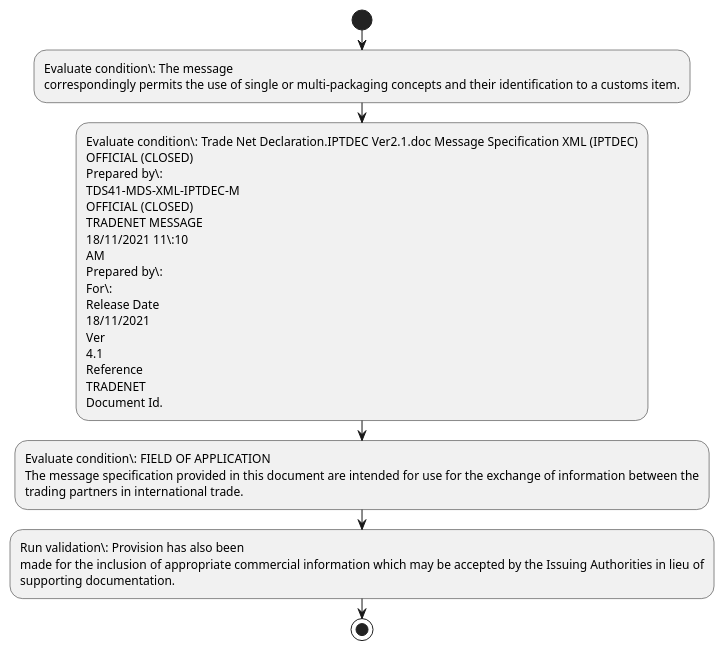
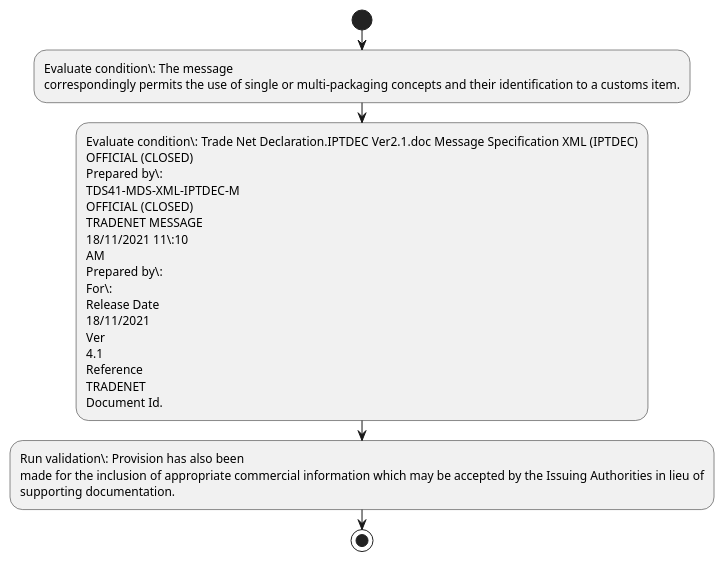
Before and after one commit to mohan-vasanth/dekai: the second of 2 diagrams in output/markdown/3.1_Principles.md, drawn with PlantUML. The commit also changed other lines of this file and 2688 other files, not shown here.

````diff
--- a/output/markdown/3.1_Principles.md
+++ b/output/markdown/3.1_Principles.md
@@ -588,31 +373,28 @@
 ```plantuml
 @startuml
 start
 :Evaluate condition\: The message
 correspondingly permits the use of single or multi-packaging concepts and their identification to a customs item.;
 :Evaluate condition\: Trade Net Declaration.IPTDEC Ver2.1.doc Message Specification XML (IPTDEC)
 OFFICIAL (CLOSED)
 Prepared by\:
 TDS41-MDS-XML-IPTDEC-M
 OFFICIAL (CLOSED)
 TRADENET MESSAGE
 18/11/2021 11\:10
 AM
 Prepared by\:
 For\:
 Release Date
 18/11/2021
 Ver
 4.1
 Reference
 TRADENET
 Document Id.;
-:Evaluate condition\: FIELD OF APPLICATION
-The message specification provided in this document are intended for use for the exchange of information between the
-trading partners in international trade.;
 :Run validation\: Provision has also been
 made for the inclusion of appropriate commercial information which may be accepted by the Issuing Authorities in lieu of
 supporting documentation.;
 stop
 @enduml
 ```
````
